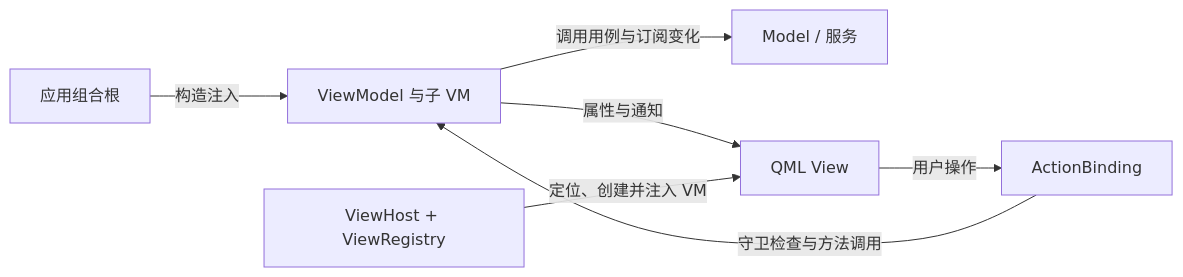
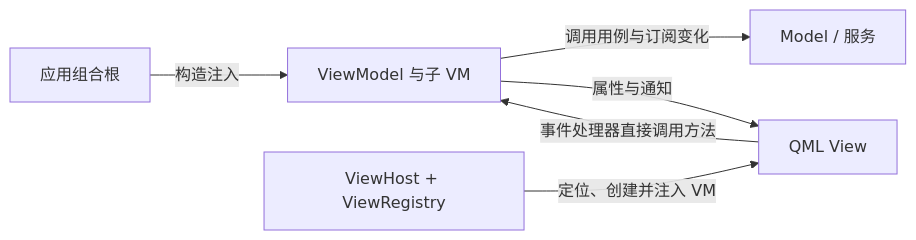
The diagram in README.md (soapgu/caliburn-micro-qt), drawn with Mermaid before and after one commit. The commit also changed other lines of this file and 22 other files, not shown here.

````diff
--- a/README.md
+++ b/README.md
@@ -31,9 +31,8 @@
 ```mermaid
 flowchart LR
     Root[应用组合根] -->|构造注入| VM[ViewModel 与子 VM]
     VM -->|调用用例与订阅变化| Model[Model / 服务]
     VM -->|属性与通知| View[QML View]
-    View -->|用户操作| Binding[ActionBinding]
-    Binding -->|守卫检查与方法调用| VM
+    View -->|事件处理器直接调用方法| VM
     Host[ViewHost + ViewRegistry] -->|定位、创建并注入 VM| View
 ```
````
